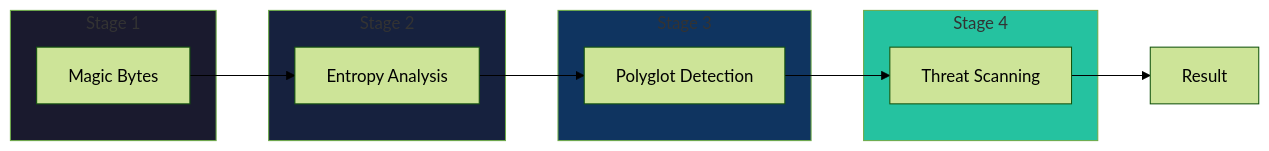
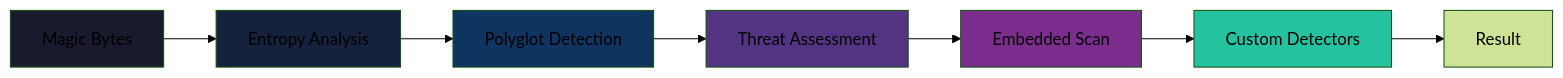
One commit to ahmeddwalid/batin changed the first of 5 diagrams in docs/docs/developer/detection-pipeline.md. Above: the diagram before and after it, drawn with Mermaid (forest theme). The commit also changed other lines of this file and 9 other files, not shown here.

````diff
--- a/docs/docs/developer/detection-pipeline.md
+++ b/docs/docs/developer/detection-pipeline.md
@@ -15,25 +15,16 @@
 ```mermaid
 flowchart LR
-    subgraph Stage1["Stage 1"]
-        A[Magic Bytes]
-    end
-    
-    subgraph Stage2["Stage 2"]
-        B[Entropy Analysis]
-    end
-    
-    subgraph Stage3["Stage 3"]
-        C[Polyglot Detection]
-    end
-    
-    subgraph Stage4["Stage 4"]
-        D[Threat Scanning]
-    end
-    
-    A --> B --> C --> D --> E[Result]
-    
-    style Stage1 fill:#1a1a2e
-    style Stage2 fill:#16213e
-    style Stage3 fill:#0f3460
-    style Stage4 fill:#25c2a0
+    A[Magic Bytes] --> B[Entropy Analysis]
+    B --> C[Polyglot Detection]
+    C --> D[Threat Assessment]
+    D --> E[Embedded Scan]
+    E --> F[Custom Detectors]
+    F --> G[Result]
+
+    style A fill:#1a1a2e
+    style B fill:#16213e
+    style C fill:#0f3460
+    style D fill:#533483
+    style E fill:#7b2d8e
+    style F fill:#25c2a0
 ```
````
